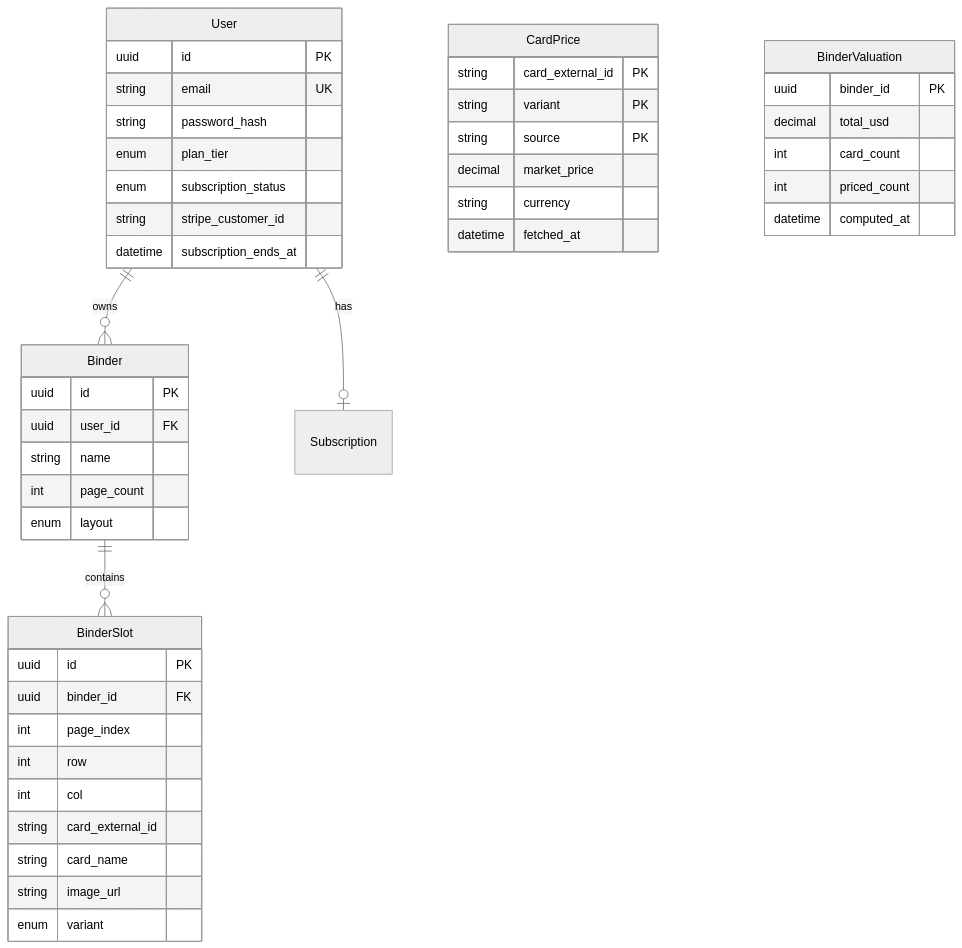
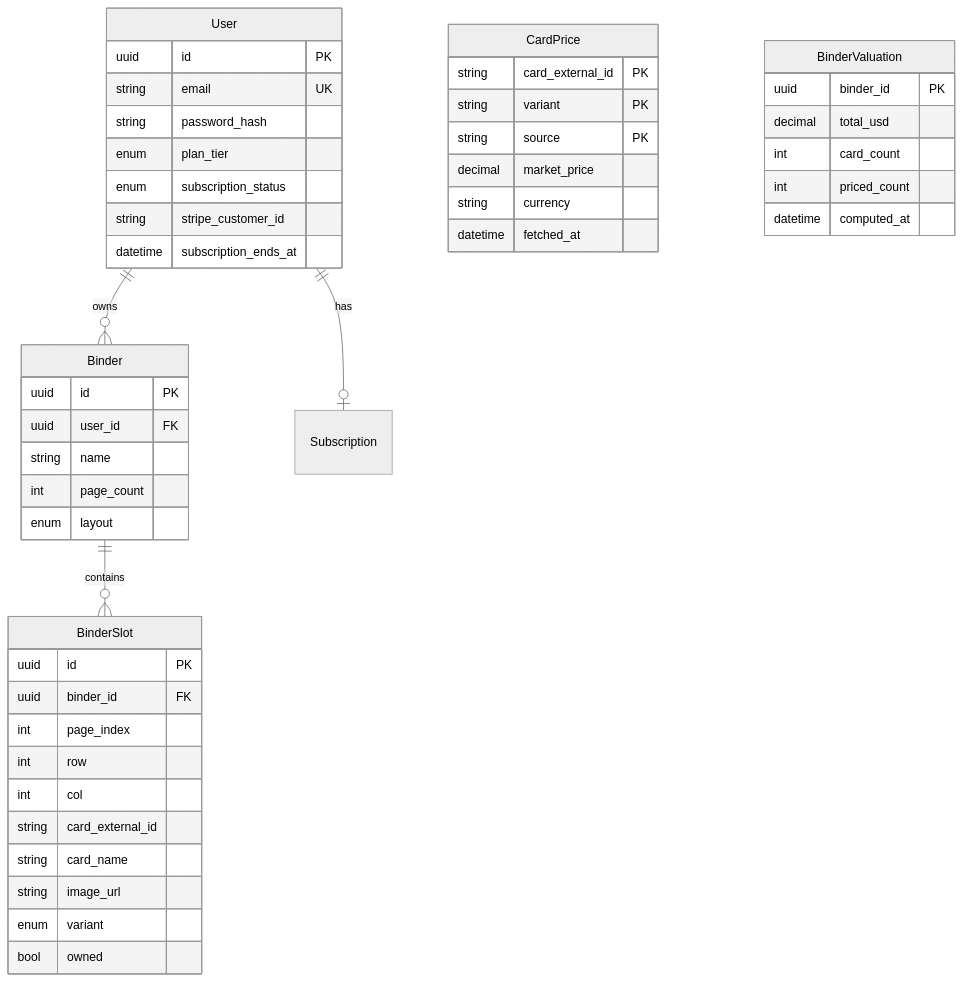
Before and after one commit to RamonDonadeu/rebind: the diagram in docs/DATABASE.md, drawn with Mermaid (neutral theme). The commit also changed other lines of this file and 21 other files, not shown here.

````diff
--- a/docs/DATABASE.md
+++ b/docs/DATABASE.md
@@ -7,53 +7,54 @@
 ```mermaid
 erDiagram
   User ||--o{ Binder : owns
   Binder ||--o{ BinderSlot : contains
   User ||--o| Subscription : has
 
   User {
     uuid id PK
     string email UK
     string password_hash
     enum plan_tier
     enum subscription_status
     string stripe_customer_id
     datetime subscription_ends_at
   }
 
   Binder {
     uuid id PK
     uuid user_id FK
     string name
     int page_count
     enum layout
   }
 
   BinderSlot {
     uuid id PK
     uuid binder_id FK
     int page_index
     int row
     int col
     string card_external_id
     string card_name
     string image_url
     enum variant
+    bool owned
   }
 
   CardPrice {
     string card_external_id PK
     string variant PK
     string source PK
     decimal market_price
     string currency
     datetime fetched_at
   }
 
   BinderValuation {
     uuid binder_id PK
     decimal total_usd
     int card_count
     int priced_count
     datetime computed_at
   }
 ```
````
